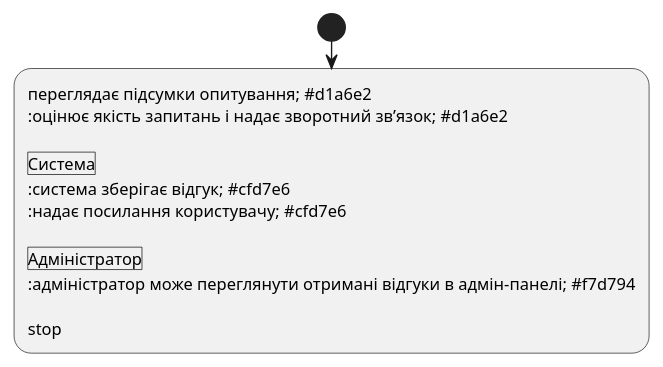
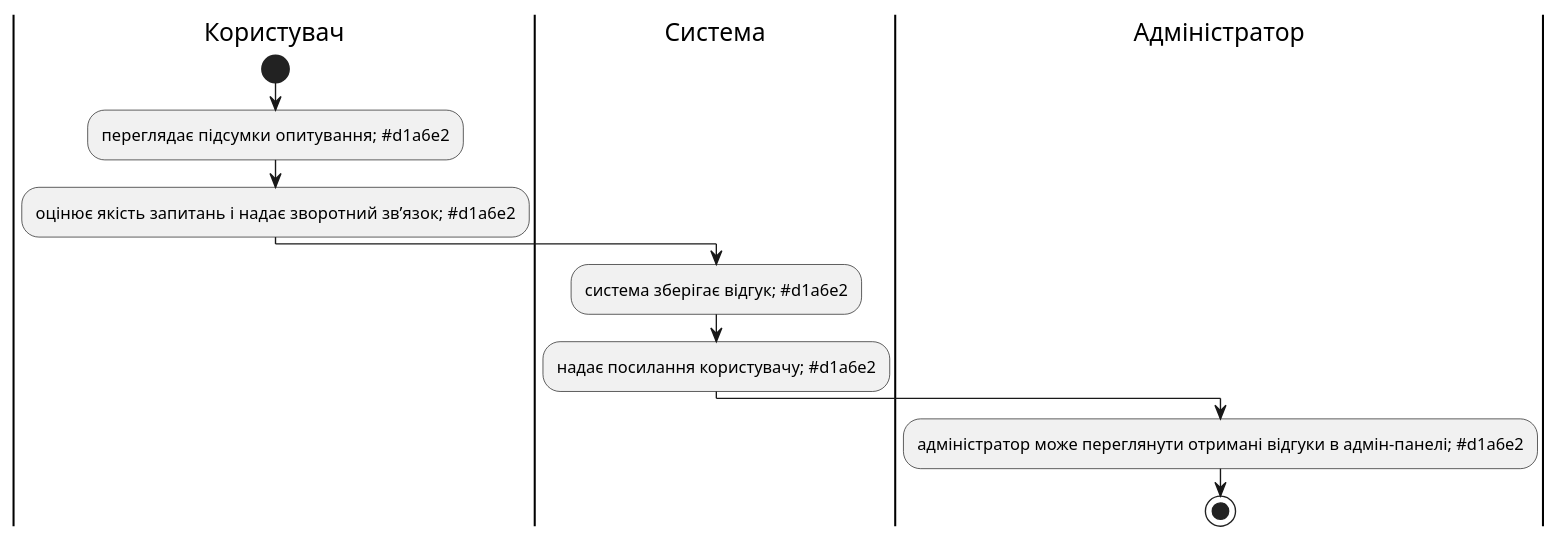
The third of 3 diagrams in docs/use cases/README.md (sunnytea0/db_labs_my), drawn with PlantUML before and after one commit. The commit also changed other lines of this file, not shown here.

```diff
--- a/docs/use cases/README.md
+++ b/docs/use cases/README.md
@@ -216,17 +216,18 @@
 @startuml
 
     |Користувач|
     start;
-    :переглядає підсумки опитування; #d1a6e2
-    :оцінює якість запитань і надає зворотний зв’язок; #d1a6e2
+    :переглядає підсумки опитування;  #d1a6e2;
+    :оцінює якість запитань і надає зворотний зв’язок;  #d1a6e2;
 
     |Система|
-    :система зберігає відгук; #cfd7e6
-    :надає посилання користувачу; #cfd7e6
+    :система зберігає відгук; #d1a6e2;
+
+    :надає посилання користувачу; #d1a6e2;
 
     |Адміністратор|
-    :адміністратор може переглянути отримані відгуки в адмін-панелі; #f7d794
+    :адміністратор може переглянути отримані відгуки в адмін-панелі; #d1a6e2;
     
     stop;
 
 @enduml
```
